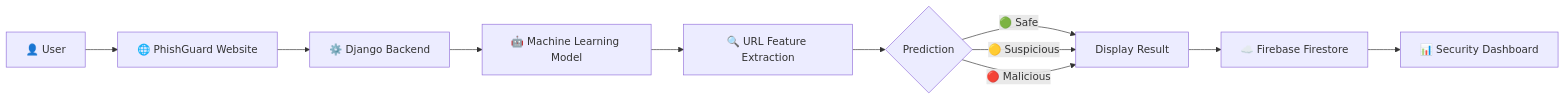
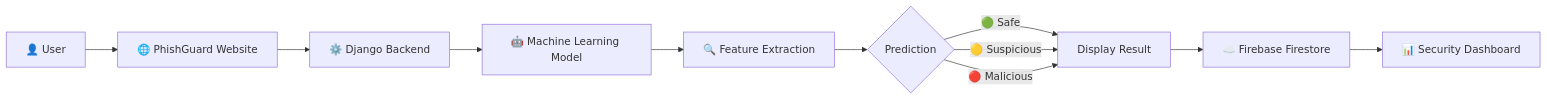
One commit to sovanshit/PhishGuard changed the first of 3 diagrams in docs/README.md. Above: the diagram before and after it, drawn with Mermaid. The commit also changed other lines of this file, not shown here.

````diff
--- a/docs/README.md
+++ b/docs/README.md
@@ -172,25 +156,25 @@
 ```mermaid
 flowchart LR
 
 A[👤 User]
 
 A --> B[🌐 PhishGuard Website]
 
 B --> C[⚙️ Django Backend]
 
 C --> D[🤖 Machine Learning Model]
 
-D --> E[🔍 URL Feature Extraction]
+D --> E[🔍 Feature Extraction]
 
 E --> F{Prediction}
 
 F -->|🟢 Safe| G[Display Result]
 
 F -->|🟡 Suspicious| G
 
 F -->|🔴 Malicious| G
 
 G --> H[☁️ Firebase Firestore]
 
 H --> I[📊 Security Dashboard]
 ```
````
